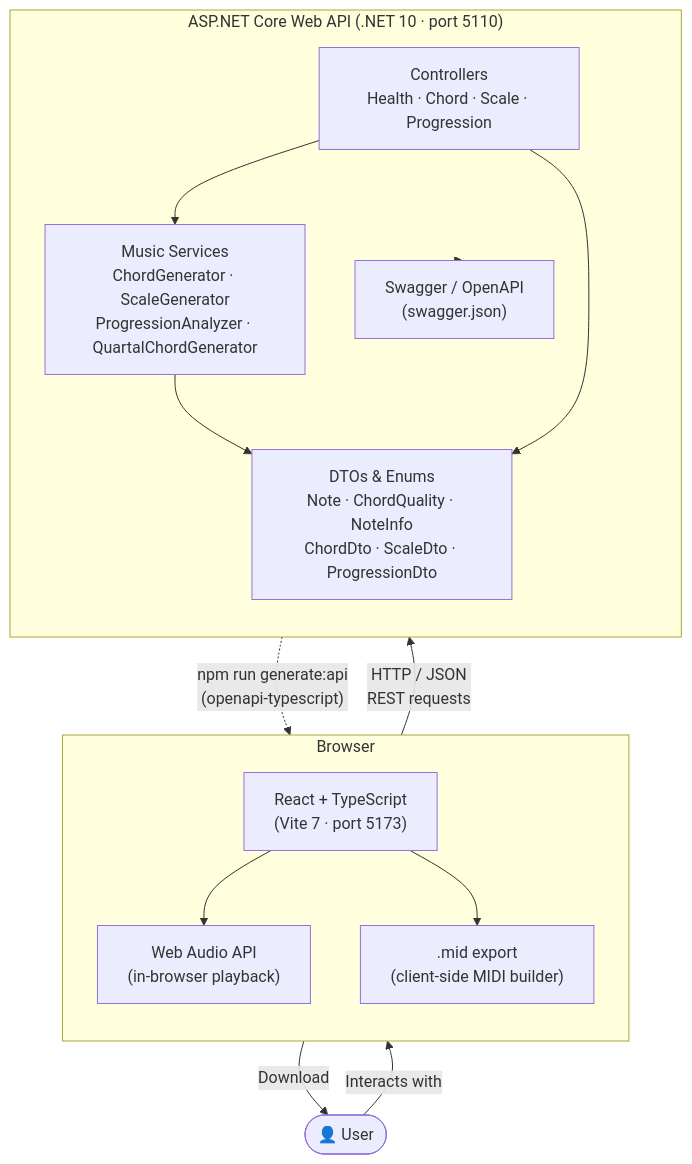
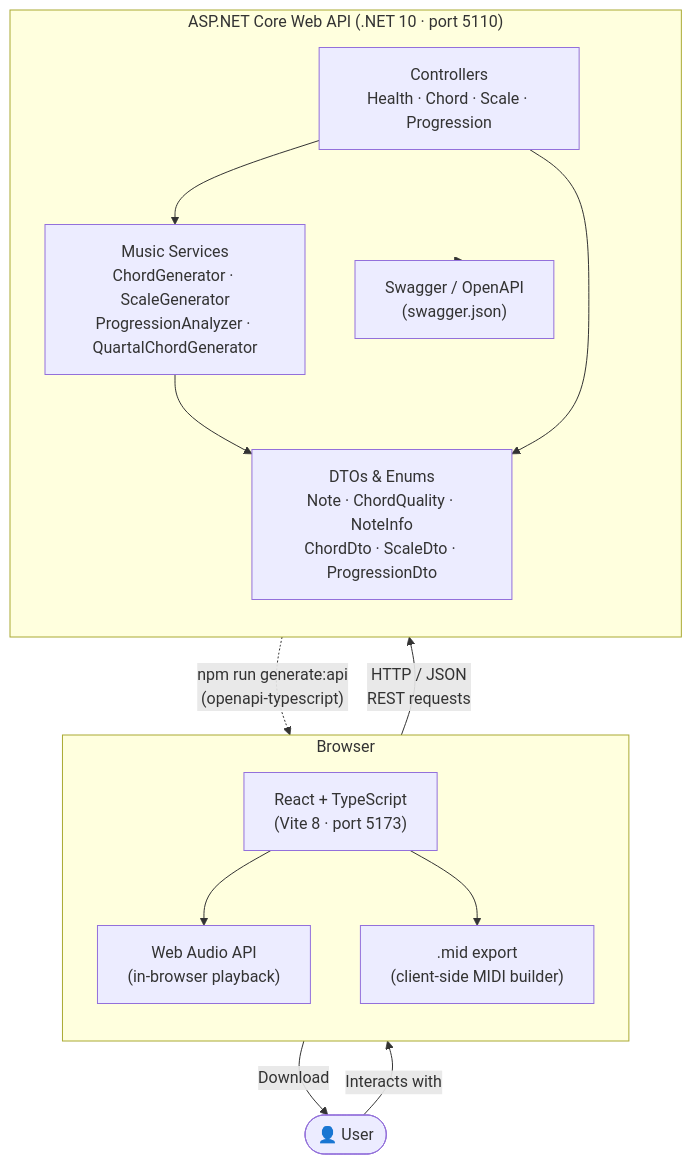
One commit to JWWade/midi-progression-editor changed the diagram in docs/architecture/system-overview.md. Above: the diagram before and after it, drawn with Mermaid. The commit also changed other lines of this file and 6 other files, not shown here.

Commit message:
docs: refresh architecture docs for current UI and data flow

````diff
--- a/docs/architecture/system-overview.md
+++ b/docs/architecture/system-overview.md
@@ -5,28 +5,28 @@
 ```mermaid
 flowchart TD
     subgraph Browser["Browser"]
         direction TB
-        UI["React + TypeScript\n(Vite 7 · port 5173)"]
+        UI["React + TypeScript\n(Vite 8 · port 5173)"]
         AudioCtx["Web Audio API\n(in-browser playback)"]
         MIDIFile[".mid export\n(client-side MIDI builder)"]
     end
 
     subgraph Backend["ASP.NET Core Web API (.NET 10 · port 5110)"]
         direction TB
         Controllers["Controllers\nHealth · Chord · Scale · Progression"]
         Services["Music Services\nChordGenerator · ScaleGenerator\nProgressionAnalyzer · QuartalChordGenerator"]
         Models["DTOs & Enums\nNote · ChordQuality · NoteInfo\nChordDto · ScaleDto · ProgressionDto"]
         Swagger["Swagger / OpenAPI\n(swagger.json)"]
     end
 
     User(["👤 User"]) -->|"Interacts with"| UI
     UI -->|"HTTP / JSON\nREST requests"| Controllers
     Controllers --> Services
     Services --> Models
     Controllers --> Models
     Backend --> Swagger
     Swagger -.->|"npm run generate:api\n(openapi-typescript)"| UI
     UI --> AudioCtx
     UI --> MIDIFile
     MIDIFile -->|"Download"| User
 ```
````
